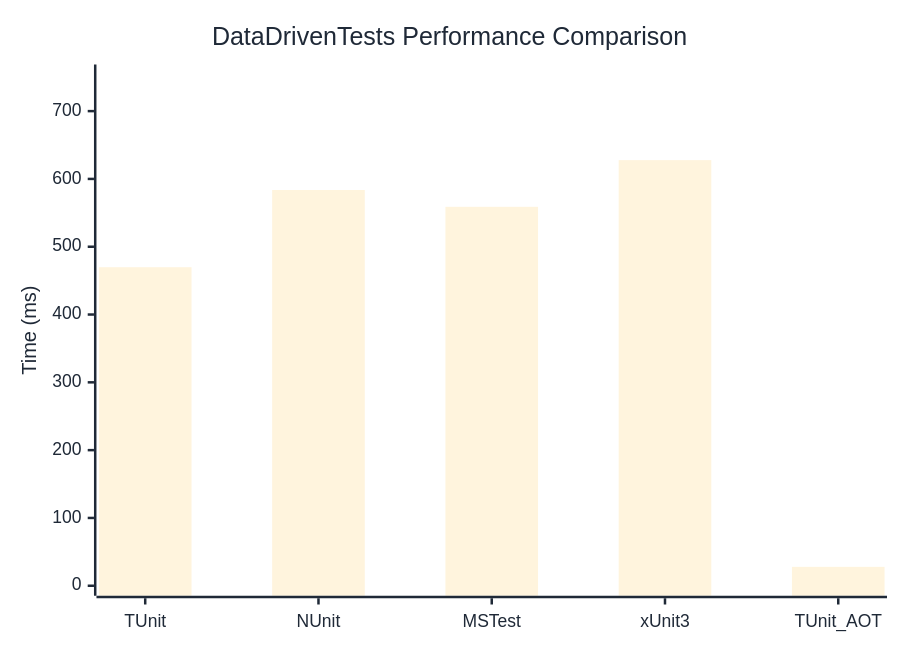
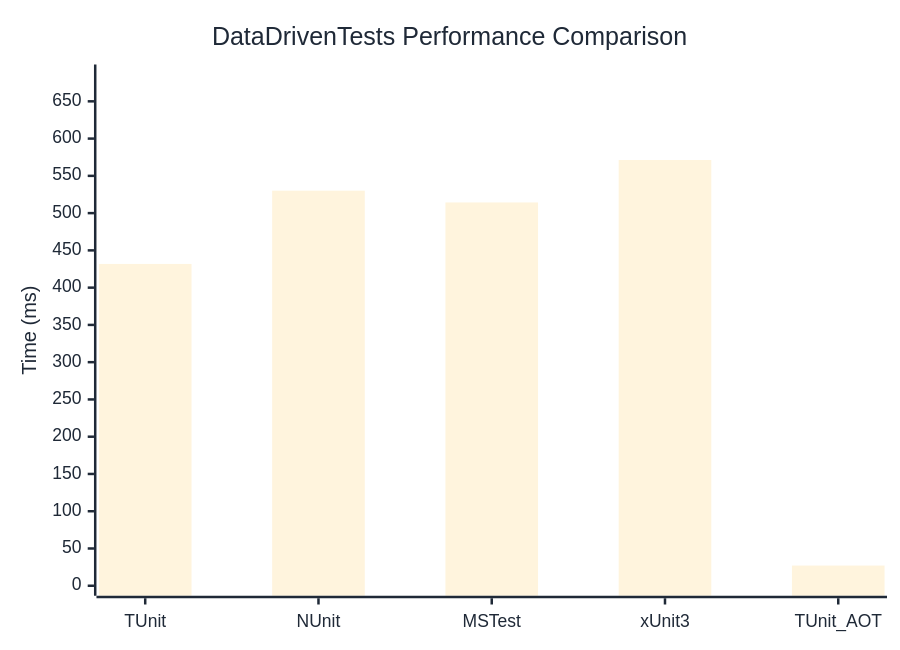
The diagram in docs/docs/benchmarks/DataDrivenTests.md (thomhurst/TUnit), drawn with Mermaid before and after one commit. The commit also changed other lines of this file and 17 other files, not shown here.

````diff
--- a/docs/docs/benchmarks/DataDrivenTests.md
+++ b/docs/docs/benchmarks/DataDrivenTests.md
@@ -27,37 +27,37 @@
 ```mermaid
 %%{init: {
   'theme':'base',
   'themeVariables': {
     'primaryColor': '#2563eb',
     'primaryTextColor': '#1f2937',
     'primaryBorderColor': '#1e40af',
     'lineColor': '#6b7280',
     'secondaryColor': '#7c3aed',
     'tertiaryColor': '#dc2626',
     'background': '#ffffff',
     'mainBkg': '#2563eb',
     'secondBkg': '#7c3aed',
     'tertiaryBkg': '#dc2626',
     'clusterBkg': '#f3f4f6',
     'edgeLabelBackground': '#ffffff',
     'tertiaryTextColor': '#1f2937',
     'pie1': '#2563eb',
     'pie2': '#7c3aed',
     'pie3': '#dc2626',
     'pie4': '#f59e0b',
     'pie5': '#10b981',
     'pie6': '#06b6d4',
     'pie7': '#ec4899',
     'pie8': '#6366f1',
     'pie9': '#84cc16',
     'pie10': '#f97316',
     'pie11': '#14b8a6',
     'pie12': '#a855f7'
   }
 }}%%
 xychart-beta
   title "DataDrivenTests Performance Comparison"
   x-axis ["TUnit", "NUnit", "MSTest", "xUnit3", "TUnit_AOT"]
-  y-axis "Time (ms)" 0 --> 754
-  bar [469.79, 583.68, 558.84, 627.69, 27.89]
+  y-axis "Time (ms)" 0 --> 686
+  bar [431.81, 530.11, 514.31, 571.26, 27.11]
 ```
````
